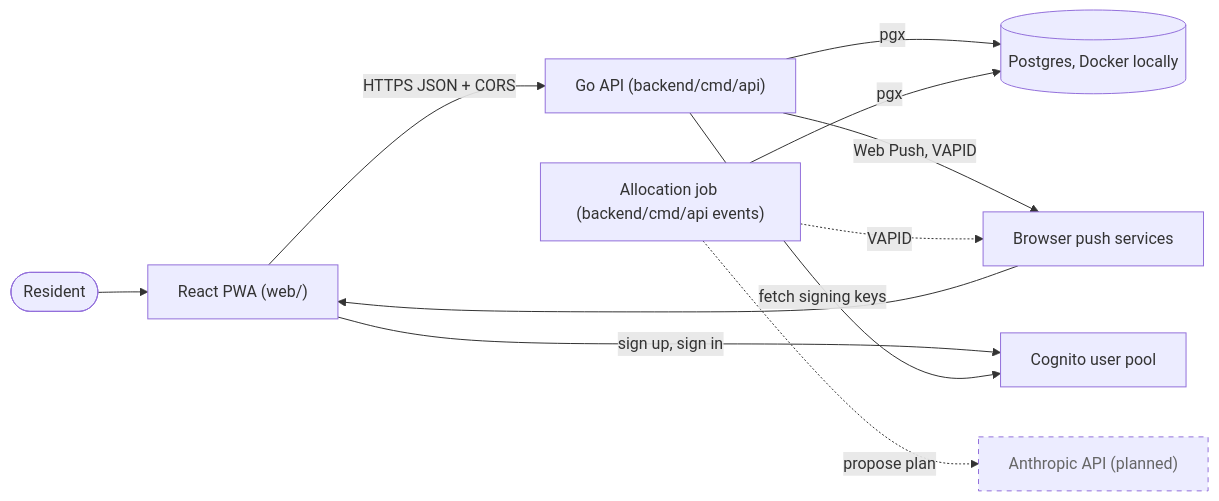
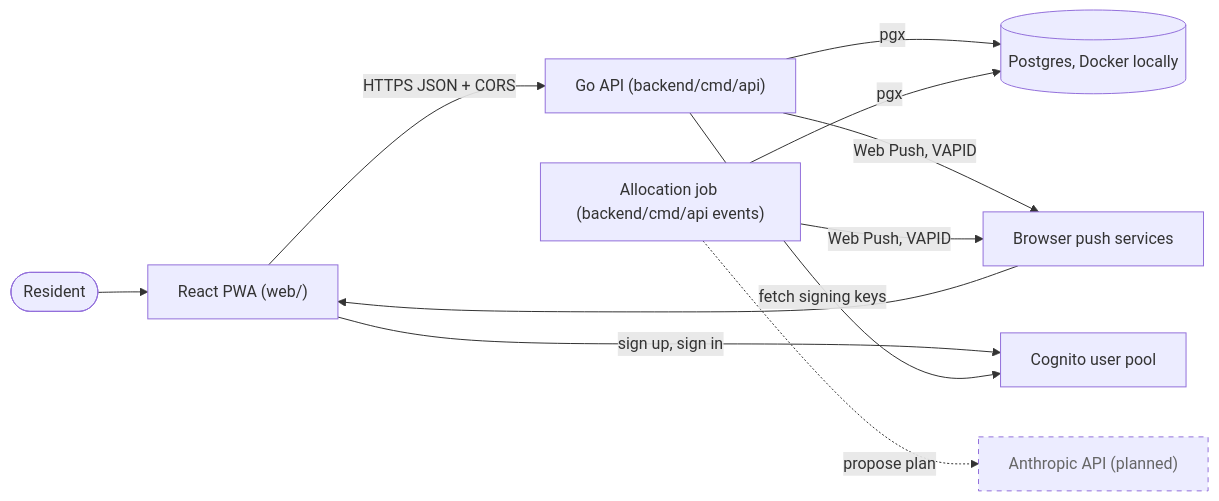
Before and after one commit to AbnerWillclefy/Homeowner: the second of 2 diagrams in docs/architecture/system-context.md, drawn with Mermaid. The commit also changed other lines of this file and 4 other files, not shown here.

Commit message:
docs(architecture): describe the check-in reminder and day plan ready nudges

````diff
--- a/docs/architecture/system-context.md
+++ b/docs/architecture/system-context.md
@@ -30,25 +30,25 @@
 ```mermaid
 flowchart LR
     R([Resident])
     PWA["React PWA (web/)"]
     API["Go API (backend/cmd/api)"]
     DB[("Postgres, Docker locally")]
     ALLOC["Allocation job (backend/cmd/api events)"]
     COG["Cognito user pool"]
     LLM["Anthropic API (planned)"]
     PUSH["Browser push services"]
 
     R --> PWA
     PWA -->|HTTPS JSON + CORS| API
     API -->|pgx| DB
     API -->|Web Push, VAPID| PUSH
     PUSH --> PWA
     PWA -->|sign up, sign in| COG
     API -->|fetch signing keys| COG
     ALLOC -->|pgx| DB
     ALLOC -.->|propose plan| LLM
-    ALLOC -.->|VAPID| PUSH
+    ALLOC -->|Web Push, VAPID| PUSH
 
     classDef planned stroke-dasharray: 5 5,color:#666
     class LLM planned
 ```
````
